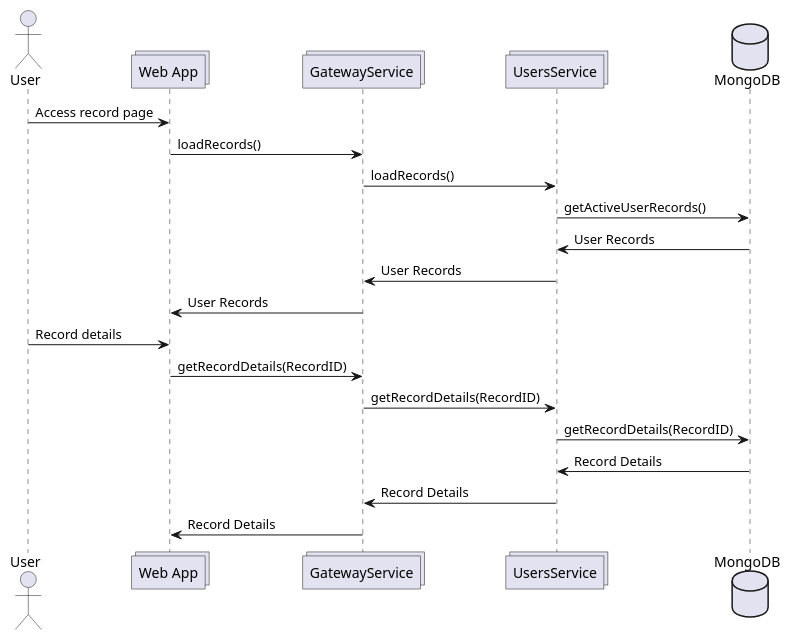
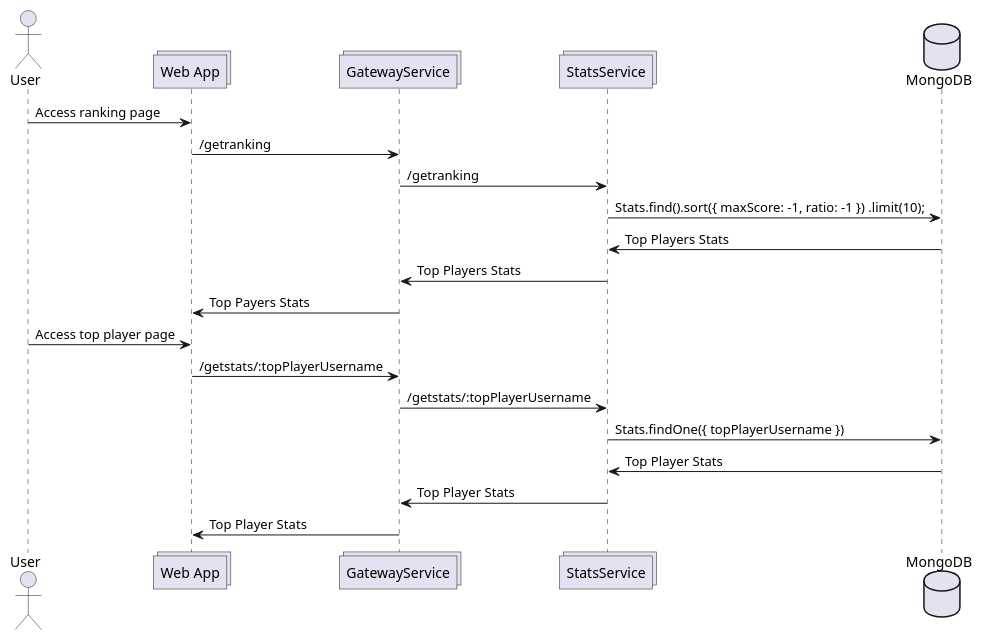
One commit to Arquisoft/wichat_es3b changed the fifth of 5 diagrams in docs/src/06_runtime_view.adoc. Above: the diagram before and after it, drawn with PlantUML. The commit also changed other lines of this file and 14 other files, not shown here.

```diff
--- a/docs/src/06_runtime_view.adoc
+++ b/docs/src/06_runtime_view.adoc
@@ -143,23 +139,23 @@
 [plantuml,"Question record",svg]
 ----
 actor User
 collections WA as "Web App"
 collections GW as "GatewayService"
-collections US as "UsersService"
+collections SS as "StatsService"
 database DB as "MongoDB"
 
-User -> WA: Access record page
-WA -> GW: loadRecords()
-GW -> US: loadRecords()
-US -> DB: getActiveUserRecords()
-DB -> US: User Records
-US -> GW: User Records
-GW -> WA: User Records
-User -> WA: Record details
-WA -> GW: getRecordDetails(RecordID)
-GW -> US: getRecordDetails(RecordID)
-US -> DB: getRecordDetails(RecordID)
-DB -> US: Record Details
-US -> GW: Record Details
-GW -> WA: Record Details
+User -> WA: Access ranking page
+WA -> GW: /getranking
+GW -> SS: /getranking
+SS -> DB: Stats.find().sort({ maxScore: -1, ratio: -1 }) .limit(10);
+DB -> SS: Top Players Stats
+SS -> GW: Top Players Stats
+GW -> WA: Top Payers Stats
+User -> WA: Access top player page
+WA -> GW: /getstats/:topPlayerUsername
+GW -> SS: /getstats/:topPlayerUsername
+SS -> DB: Stats.findOne({ topPlayerUsername })
+DB -> SS: Top Player Stats
+SS -> GW: Top Player Stats
+GW -> WA: Top Player Stats
 ----
```
